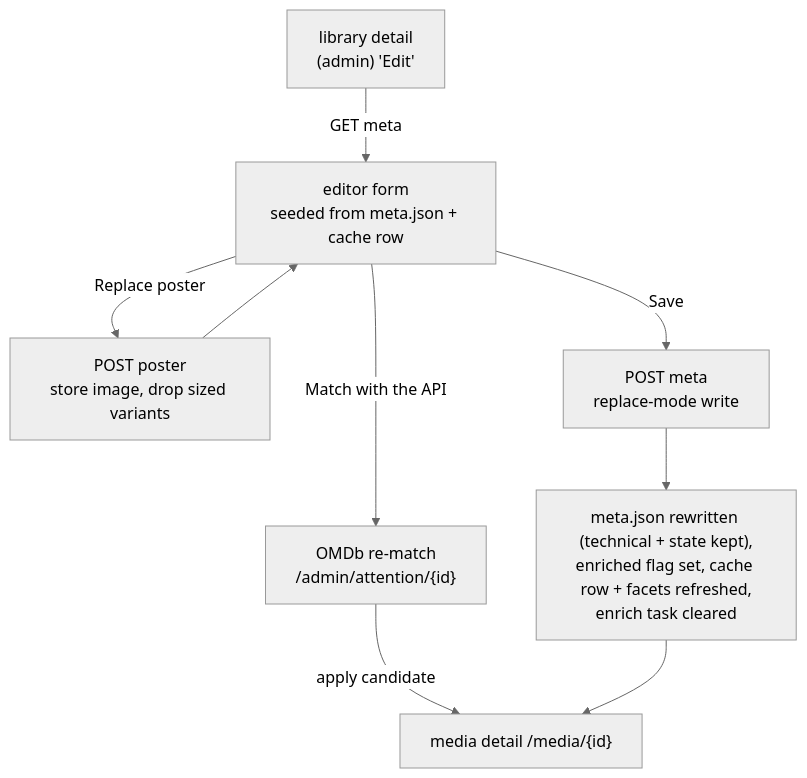
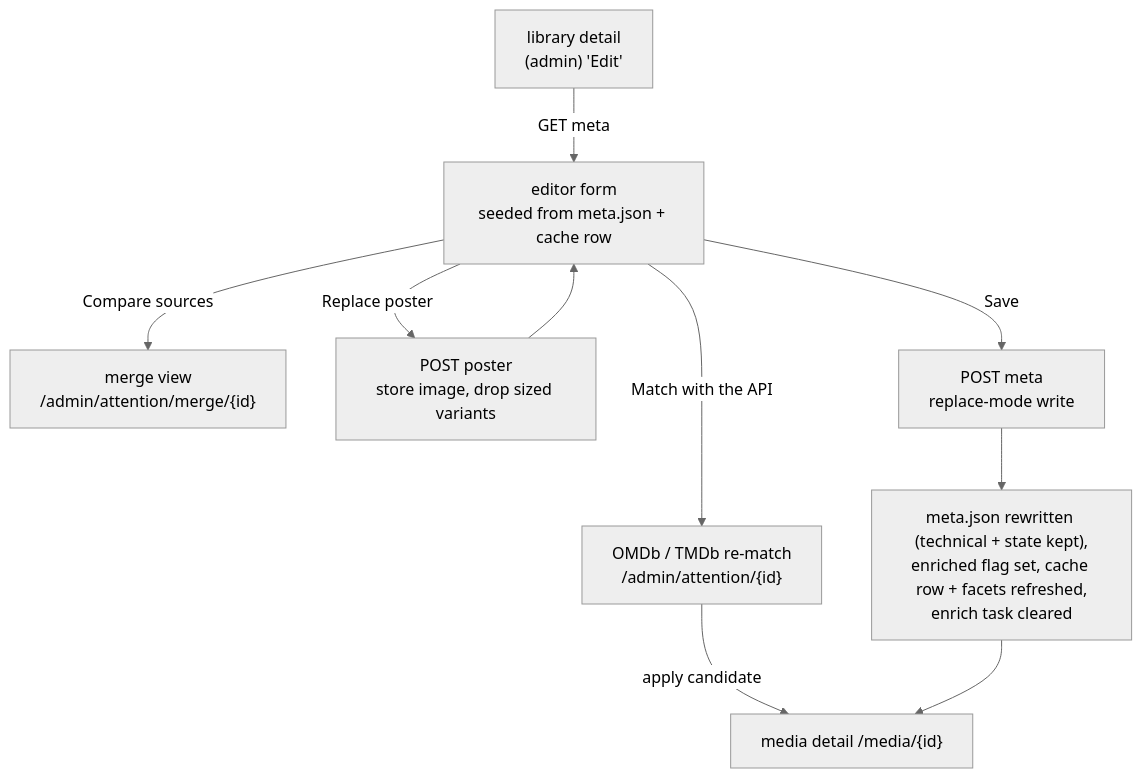
The diagram in docs/metaedit.md (xuedi/FileFin), drawn with Mermaid (neutral theme) before and after one commit. The commit also changed other lines of this file and 55 other files, not shown here.

Commit message:
merge OMDb and TMDb metadata field by field, with a conflict list and a merge view

````diff
--- a/docs/metaedit.md
+++ b/docs/metaedit.md
@@ -36,11 +36,12 @@
 ```mermaid
 flowchart TD
     D["library detail<br/>(admin) 'Edit'"] -->|GET meta| F["editor form<br/>seeded from meta.json + cache row"]
-    F -->|"Match with the API"| RM["OMDb re-match<br/>/admin/attention/{id}"]
+    F -->|"Match with the API"| RM["OMDb / TMDb re-match<br/>/admin/attention/{id}"]
+    F -->|"Compare sources"| MV["merge view<br/>/admin/attention/merge/{id}"]
     RM -->|apply candidate| DET["media detail /media/{id}"]
     F -->|Replace poster| UP["POST poster<br/>store image, drop sized variants"]
     UP --> F
     F -->|Save| SV["POST meta<br/>replace-mode write"]
     SV --> W["meta.json rewritten (technical + state kept),<br/>enriched flag set, cache row + facets refreshed,<br/>enrich task cleared"]
     W --> DET
 ```
````
